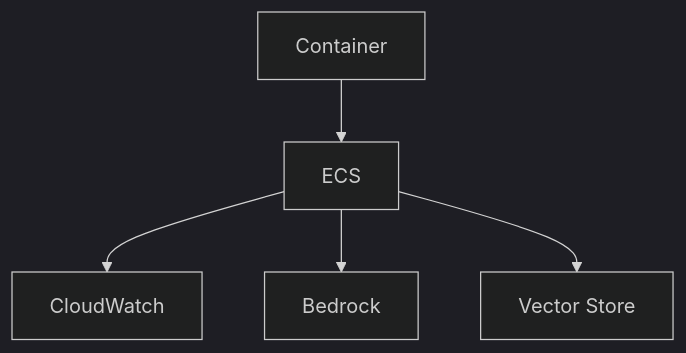
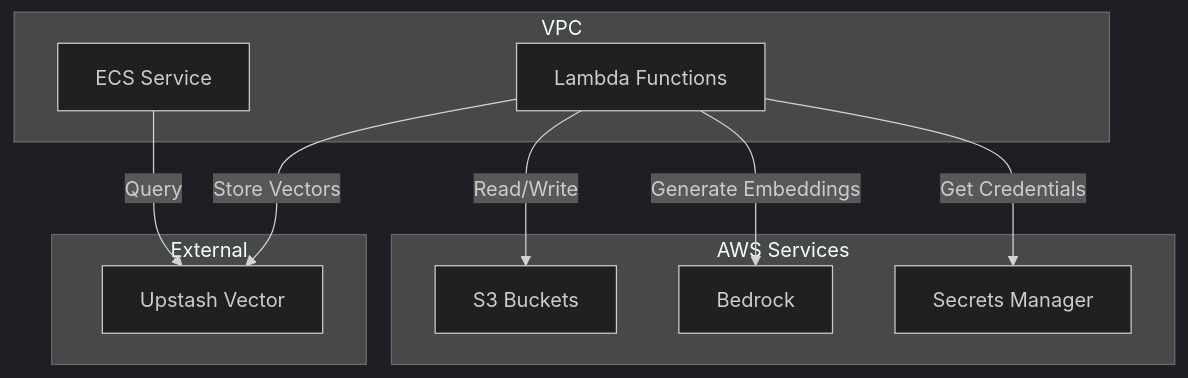
Before and after one commit to laialex501/lorechat-container: the sixth of 6 diagrams in memory-bank/systemPatterns.md, drawn with Mermaid (dark theme). The commit also changed other lines of this file and 26 other files, not shown here.

Commit message:
Use factory refactory and add upstash vector store

````diff
--- a/memory-bank/systemPatterns.md
+++ b/memory-bank/systemPatterns.md
@@ -83,7 +114,23 @@
 ```mermaid
 graph TD
-    A[Container] --> B[ECS]
-    B --> C[CloudWatch]
-    B --> D[Bedrock]
-    B --> E[Vector Store]
+    subgraph VPC
+        A[ECS Service]
+        B[Lambda Functions]
+    end
+    
+    subgraph AWS Services
+        C[S3 Buckets]
+        D[Bedrock]
+        E[Secrets Manager]
+    end
+    
+    subgraph External
+        F[Upstash Vector]
+    end
+    
+    A -->|Query| F
+    B -->|Read/Write| C
+    B -->|Generate Embeddings| D
+    B -->|Get Credentials| E
+    B -->|Store Vectors| F
 ```
````
